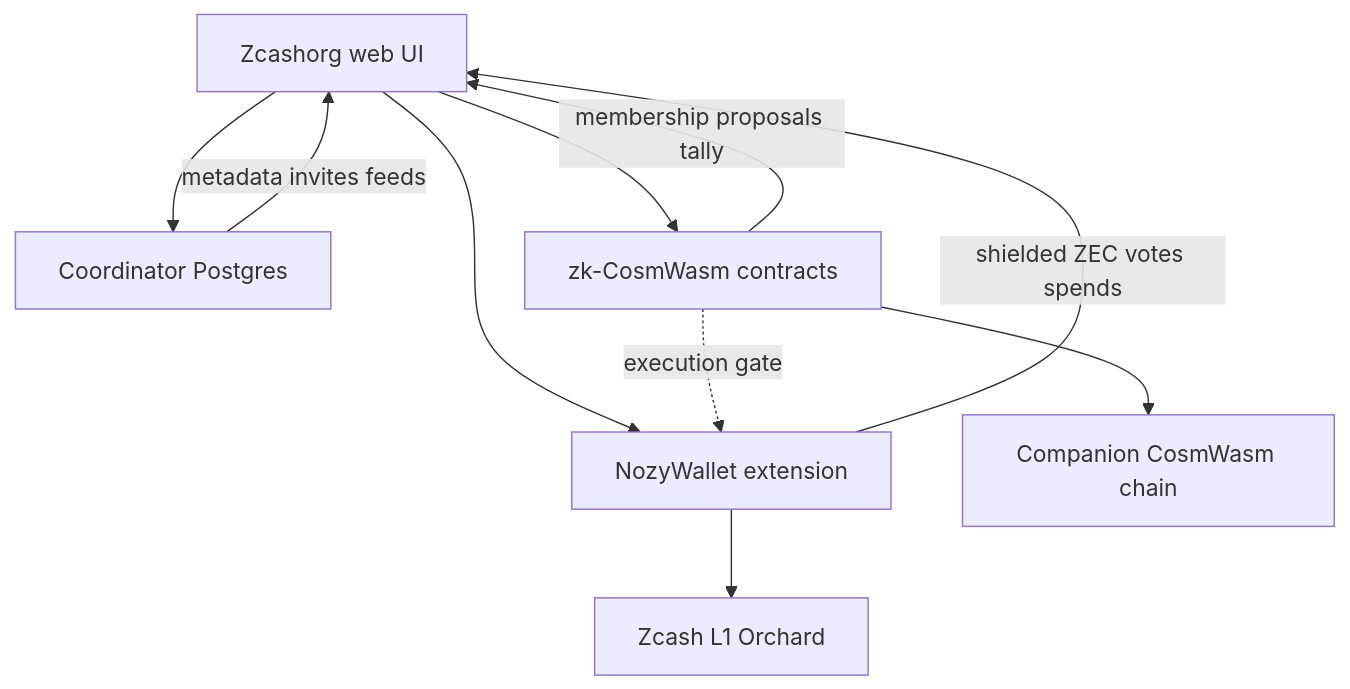
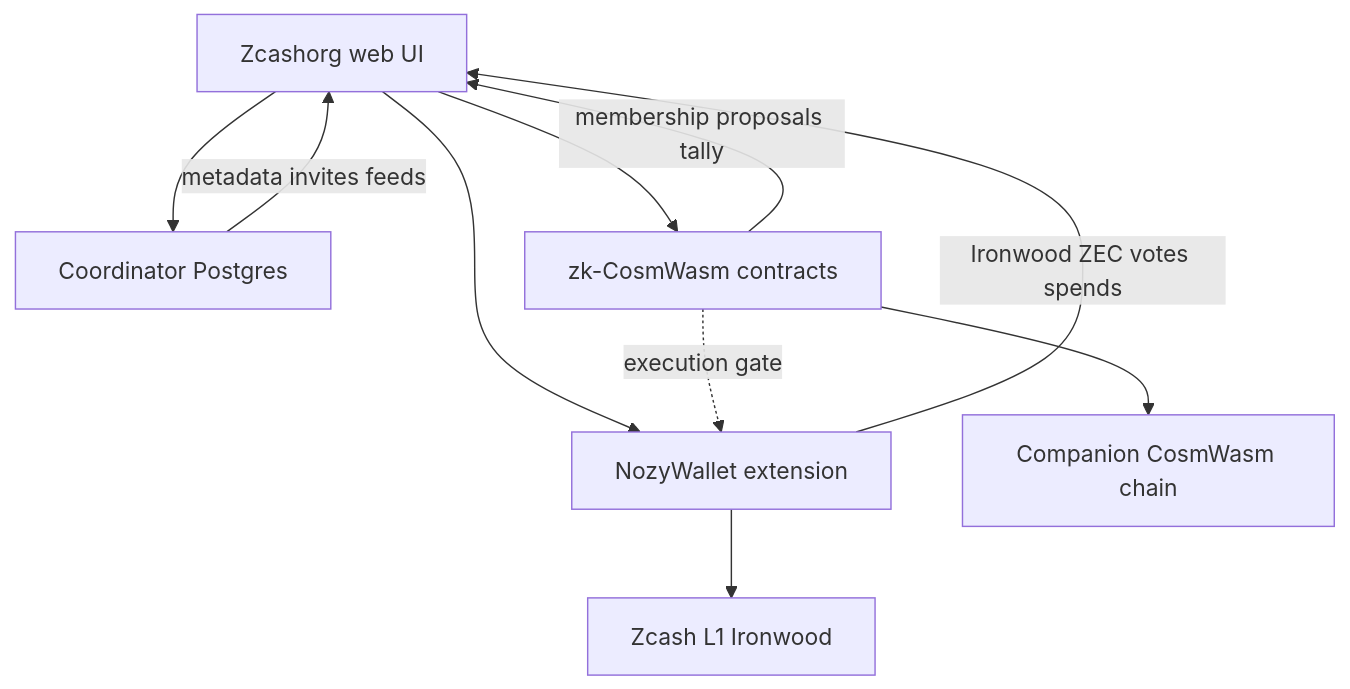
One commit to LEONINE-DAO/ZECDAOs changed the diagram in docs/plans/ARCHITECTURE.md. Above: the diagram before and after it, drawn with Mermaid. The commit also changed other lines of this file and 61 other files, not shown here.

First line of the commit message:
Implement Hybrid C MVP: schema, coordinator, web dapp, and governance contracts.

````diff
--- a/docs/plans/ARCHITECTURE.md
+++ b/docs/plans/ARCHITECTURE.md
@@ -35,16 +46,16 @@
 ```mermaid
 flowchart TB
   WebUI[Zcashorg web UI]
 
   WebUI --> Coordinator[Coordinator Postgres]
   WebUI --> Contracts[zk-CosmWasm contracts]
   WebUI --> Nozy[NozyWallet extension]
 
   Coordinator -->|metadata invites feeds| WebUI
   Contracts -->|membership proposals tally| WebUI
-  Nozy -->|shielded ZEC votes spends| WebUI
+  Nozy -->|Ironwood ZEC votes spends| WebUI
 
   Contracts -.->|execution gate| Nozy
-  Nozy --> ZcashL1[Zcash L1 Orchard]
+  Nozy --> ZcashL1[Zcash L1 Ironwood]
   Contracts --> CosmWasm[Companion CosmWasm chain]
 ```
````
